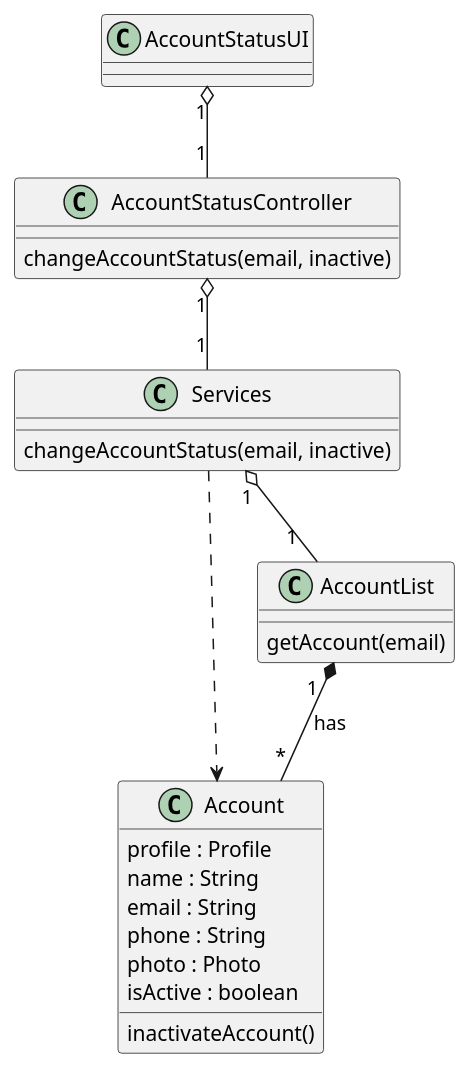
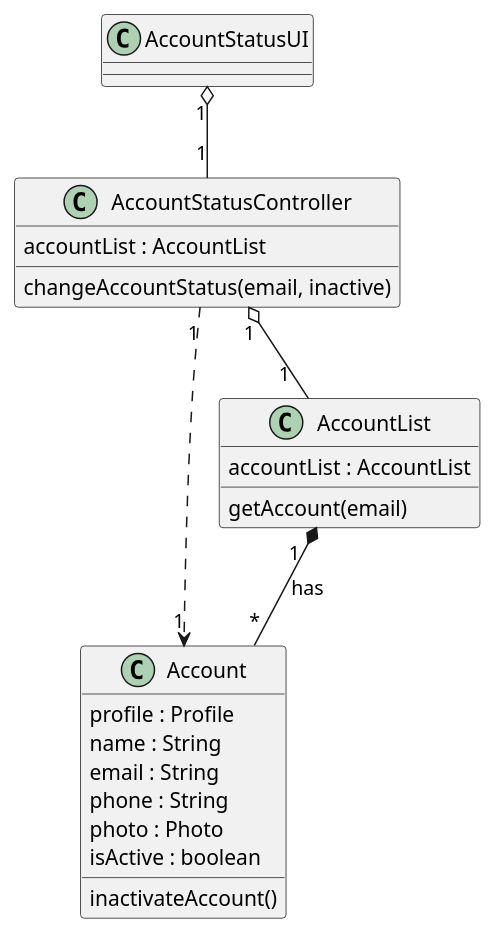
One commit to ivo-menezes/project_g3 changed the diagram in docs/modelling_design/user_stories/us005/US005_InactivateUserAccountCD.puml. Above: the diagram before and after it, drawn with PlantUML. The commit also changed 1 other file, not shown here.

```diff
--- a/docs/modelling_design/user_stories/us005/US005_InactivateUserAccountCD.puml
+++ b/docs/modelling_design/user_stories/us005/US005_InactivateUserAccountCD.puml
@@ -1,34 +1,32 @@
 @startuml
 
 class AccountStatusUI {
 }
 
 class Account {
 profile : Profile
 name : String
 email : String
 phone : String
 photo : Photo
 isActive : boolean
 inactivateAccount()
 }
 
 class AccountStatusController {
-changeAccountStatus(email, inactive)
-}
-
-class Services {
+accountList : AccountList
 changeAccountStatus(email, inactive)
 }
 
 class "AccountList" {
+accountList : AccountList
 getAccount(email)
 }
 
 AccountStatusUI "1" o-- "1" AccountStatusController
-AccountStatusController "1" o-- "1" Services
-Services ..> Account
-Services "1" o-- "1  " "AccountList"
+AccountStatusController "1" ..> "1" Account
+'Services ..> Account
+AccountStatusController "1" o-- "1  " "AccountList"
 AccountList "1  " *-- "*" Account : has
 
 @enduml
```
